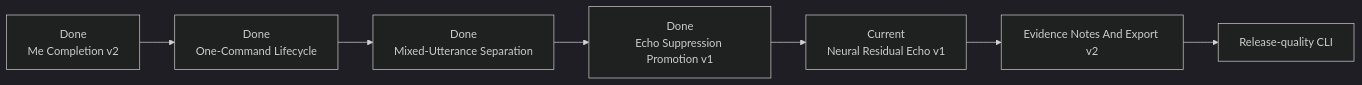
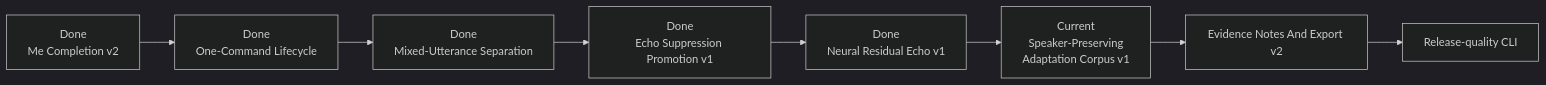
One commit to asukhodko/murmurmark changed the second of 4 diagrams in docs/roadmap/murmurmark-cli-roadmap.md. Above: the diagram before and after it, drawn with Mermaid (dark theme). The commit also changed other lines of this file and 17 other files, not shown here.

Commit message:
feat: evaluate neural residual echo suppression

````diff
--- a/docs/roadmap/murmurmark-cli-roadmap.md
+++ b/docs/roadmap/murmurmark-cli-roadmap.md
@@ -90,12 +100,13 @@
 ```mermaid
 flowchart LR
     P["Done<br/>Me Completion v2"]
     L["Done<br/>One-Command Lifecycle"]
     A["Done<br/>Mixed-Utterance Separation"]
     B["Done<br/>Echo Suppression Promotion v1"]
-    N["Current<br/>Neural Residual Echo v1"]
+    N["Done<br/>Neural Residual Echo v1"]
+    S["Current<br/>Speaker-Preserving<br/>Adaptation Corpus v1"]
     C["Evidence Notes And Export v2"]
     D["Release-quality CLI"]
 
-    P --> L --> A --> B --> N --> C --> D
+    P --> L --> A --> B --> N --> S --> C --> D
 ```
````
